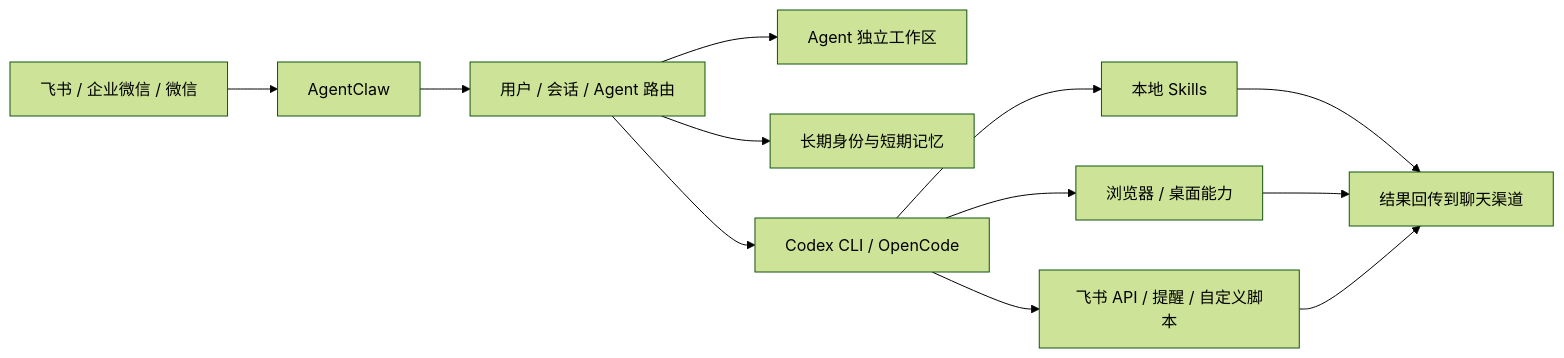
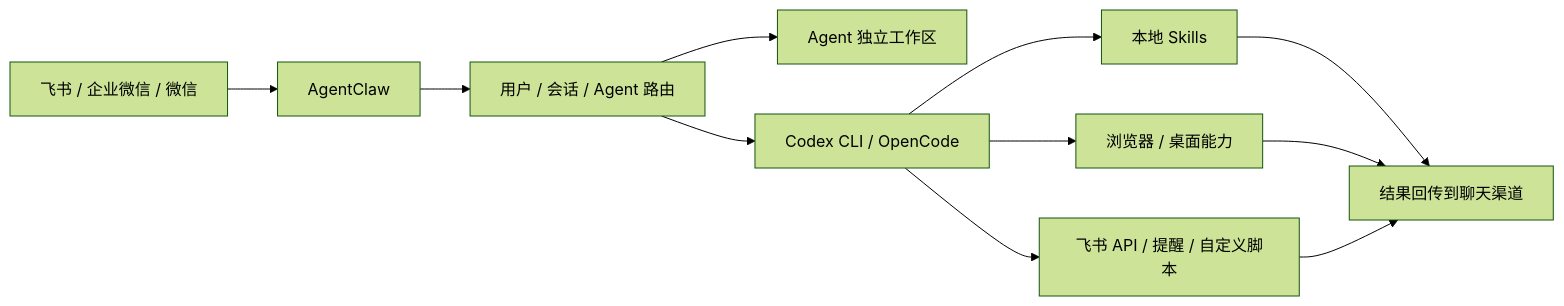
Before and after one commit to baibairui/WoClaw: the first of 2 diagrams in README.md, drawn with Mermaid (forest theme). The commit also changed other lines of this file and 16 other files, not shown here.

````diff
--- a/README.md
+++ b/README.md
@@ -34,14 +33,13 @@
 ```mermaid
 flowchart LR
     A[飞书 / 企业微信 / 微信] --> B[AgentClaw]
     B --> C[用户 / 会话 / Agent 路由]
     C --> D[Agent 独立工作区]
-    C --> E[长期身份与短期记忆]
     C --> F[Codex CLI / OpenCode]
     F --> G[本地 Skills]
     F --> H[浏览器 / 桌面能力]
     F --> I[飞书 API / 提醒 / 自定义脚本]
     G --> J[结果回传到聊天渠道]
     H --> J
     I --> J
 ```
````
